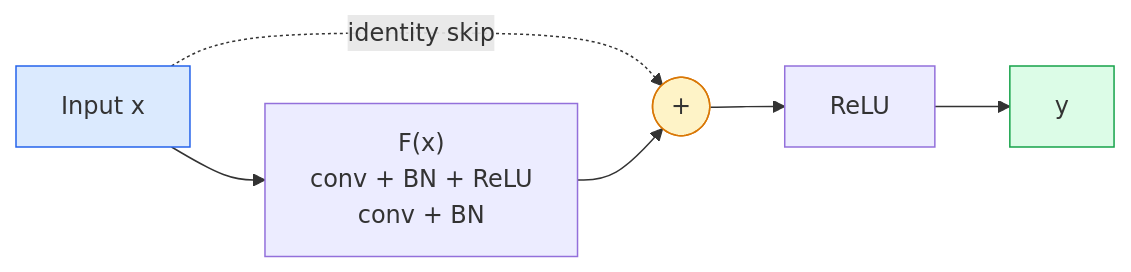
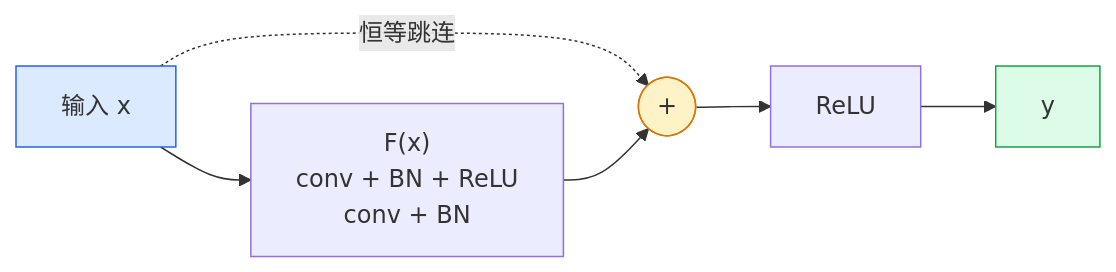
One commit to alessandrodinisio-ai/ai-engineering-learning-framework changed the third of 3 diagrams in phases/04-computer-vision/03-cnns-lenet-to-resnet/docs/en.md. Above: the diagram before and after it, drawn with Mermaid. The commit also changed other lines of this file and 443 other files, not shown here.

First line of the commit message:
feat(zh): 完成 435 节课程文档 + README/ROADMAP/术语表 + 网站 UI 全量中文化

````diff
--- a/phases/04-computer-vision/03-cnns-lenet-to-resnet/docs/en.md
+++ b/phases/04-computer-vision/03-cnns-lenet-to-resnet/docs/en.md
@@ -130,12 +130,12 @@
 ```mermaid
 flowchart LR
-    X["Input x"] --> F["F(x)<br/>conv + BN + ReLU<br/>conv + BN"]
-    X -.->|identity skip| PLUS(["+"])
+    X["输入 x"] --> F["F(x)<br/>conv + BN + ReLU<br/>conv + BN"]
+    X -.->|恒等跳连| PLUS(["+"])
     F --> PLUS
     PLUS --> RELU["ReLU"]
     RELU --> OUT["y"]
 
     style X fill:#dbeafe,stroke:#2563eb
     style PLUS fill:#fef3c7,stroke:#d97706
     style OUT fill:#dcfce7,stroke:#16a34a
 ```
````
